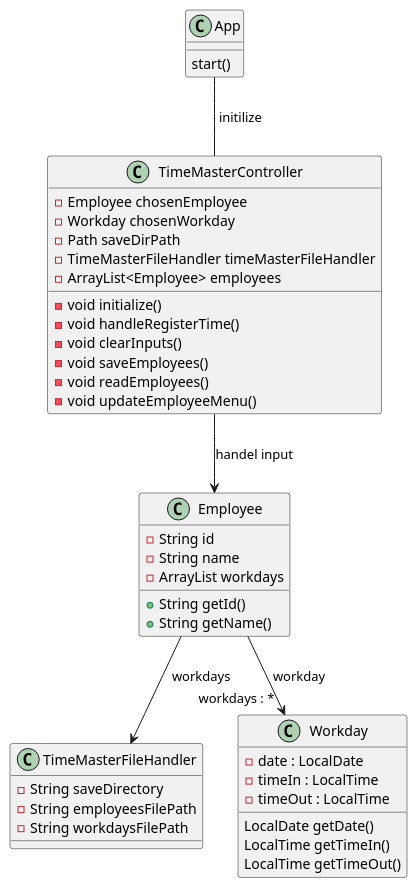
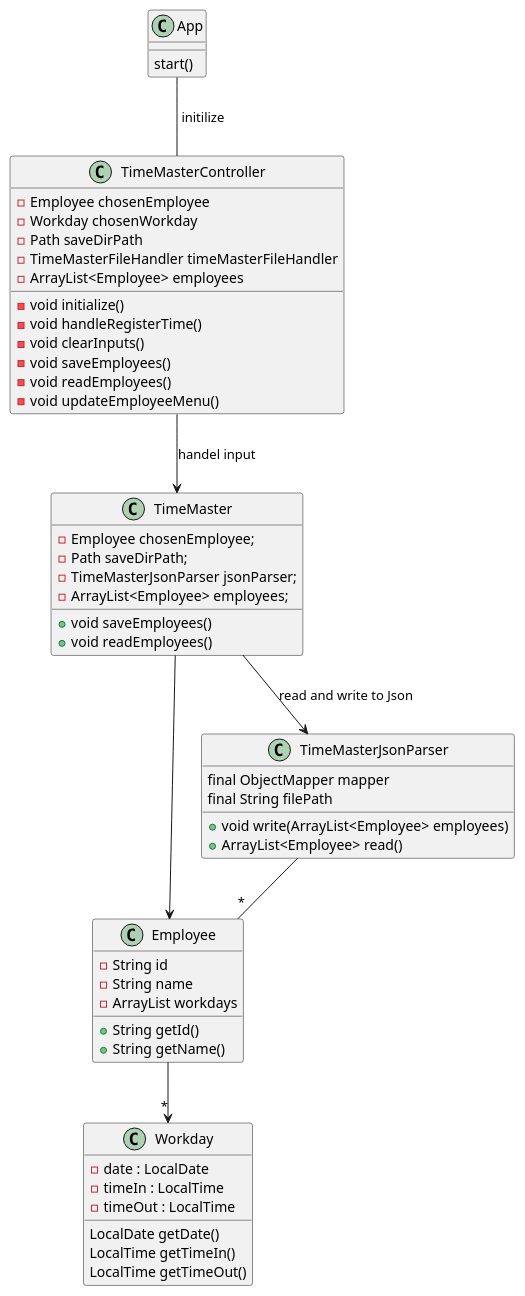
One commit to sleipner01/TimeMaster changed the diagram in docs/diagrams/classdiagram.plantuml. Above: the diagram before and after it, drawn with PlantUML.

Commit message:
Edited class diagram
Edited the class diagram to match the changes in core.

Issue: #28

```diff
--- a/docs/diagrams/classdiagram.plantuml
+++ b/docs/diagrams/classdiagram.plantuml
@@ -1,59 +1,74 @@
 @startuml Time Master 
 
 class Employee{
     -String id 
     -String name
     -ArrayList workdays
 
     +String getId()
     +String getName()
 }
 
+class TimeMaster {
+  - Employee chosenEmployee;
+  - Path saveDirPath;
+  - TimeMasterJsonParser jsonParser;
+  - ArrayList<Employee> employees;
 
-class TimeMasterFileHandler{
-    - String saveDirectory
-    - String employeesFilePath
-    - String workdaysFilePath
+  + void saveEmployees()
+  + void readEmployees()
 }
+
+class TimeMasterJsonParser{
+    final ObjectMapper mapper
+    final String filePath
+
+    + void write(ArrayList<Employee> employees)
+    + ArrayList<Employee> read()
+}
+
 
 class Workday{
    - date : LocalDate
    - timeIn : LocalTime
    - timeOut : LocalTime
 
     LocalDate getDate()
     LocalTime getTimeIn()
     LocalTime getTimeOut()
 
 }
 
 class App {
     start()
 }
 
 class TimeMasterController {
     - Employee chosenEmployee
     - Workday chosenWorkday
     - Path saveDirPath
     - TimeMasterFileHandler timeMasterFileHandler
     - ArrayList<Employee> employees
 
     - void initialize()
     - void handleRegisterTime()
     - void clearInputs()
     - void saveEmployees()
     - void readEmployees()
     - void updateEmployeeMenu()
 }
 
-Employee -->  "workdays : * " Workday : " workday"
-
-Employee --> TimeMasterFileHandler :" workdays" 
-
 App -- TimeMasterController : " initilize"
 
-TimeMasterController --> Employee : handel input
+TimeMasterController --> TimeMaster : handel input
 
+TimeMaster --> TimeMasterJsonParser : read and write to Json 
+
+TimeMaster --> Employee
+
+TimeMasterJsonParser -- "*" Employee 
+
+Employee --> "*" Workday 
 
 
 @enduml
```
